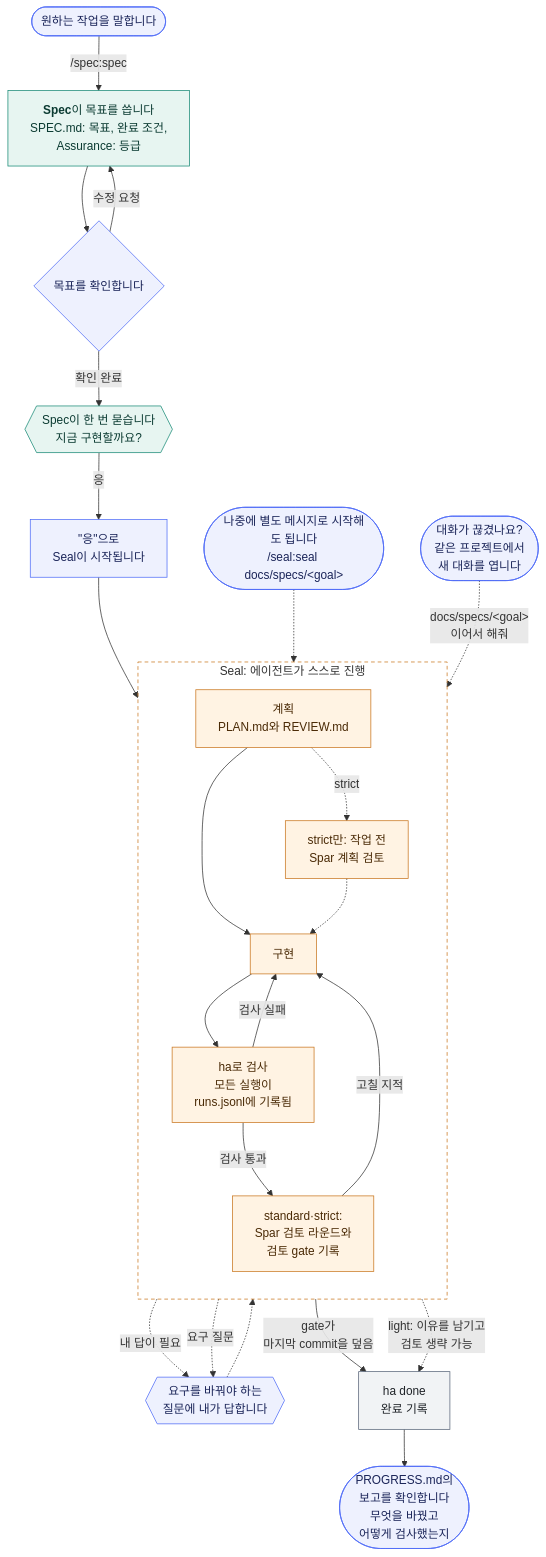
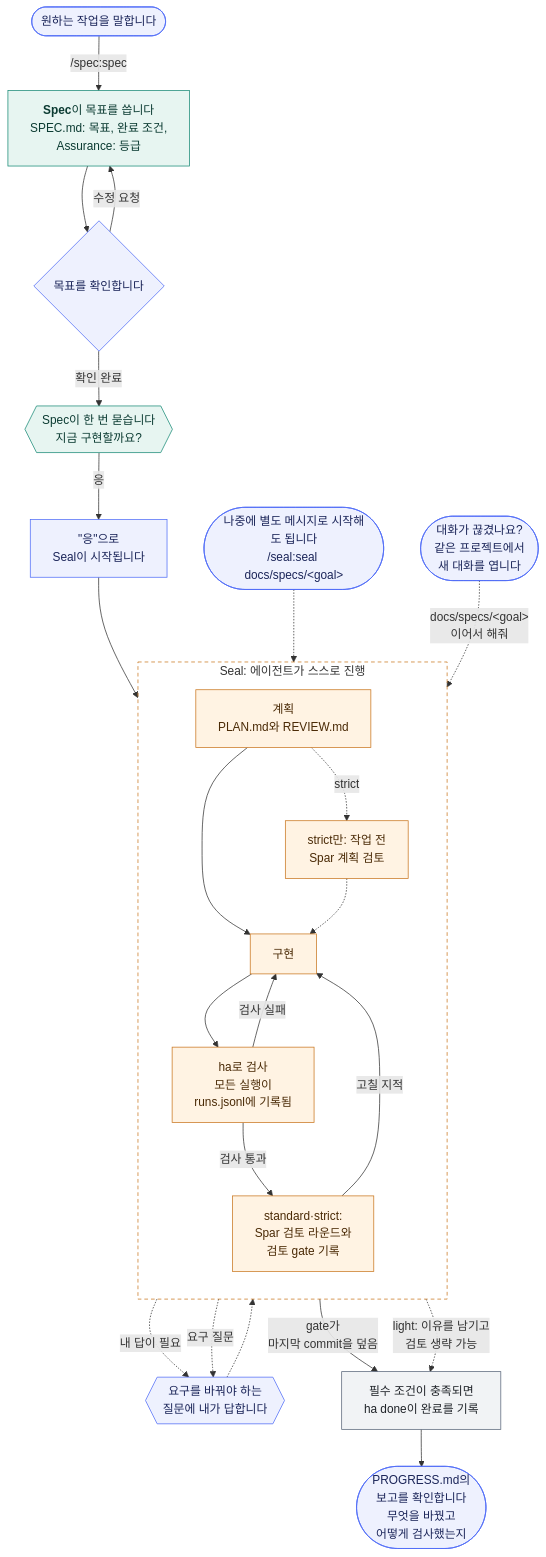
Before and after one commit to jgoneit/jaekit: the diagram in README.ko.md, drawn with Mermaid. The commit also changed 7 other files, not shown here.

````diff
--- a/README.ko.md
+++ b/README.ko.md
@@ -38,49 +38,49 @@
 ```mermaid
 flowchart TD
     ask(["원하는 작업을 말합니다"])
     spec["<b>Spec</b>이 목표를 씁니다<br/>SPEC.md: 목표, 완료 조건,<br/>Assurance: 등급"]
     review{"목표를 확인합니다"}
     asknow{{"Spec이 한 번 묻습니다<br/>지금 구현할까요?"}}
     start["#quot;응#quot;으로<br/>Seal이 시작됩니다"]
     separate(["나중에 별도 메시지로 시작해도 됩니다<br/>/seal:seal docs/specs/#lt;goal#gt;"])
     subgraph seal ["Seal: 에이전트가 스스로 진행"]
         direction TB
         plan["계획<br/>PLAN.md와 REVIEW.md"]
         planreview["strict만: 작업 전<br/>Spar 계획 검토"]
         build["구현"]
         check["ha로 검사<br/>모든 실행이<br/>runs.jsonl에 기록됨"]
         spar["standard·strict:<br/>Spar 검토 라운드와<br/>검토 gate 기록"]
         plan --> build --> check
         plan -.->|"strict"| planreview -.-> build
         check -->|"검사 실패"| build
         check -->|"검사 통과"| spar
         spar -->|"고칠 지적"| build
     end
     decide{{"요구를 바꿔야 하는<br/>질문에 내가 답합니다"}}
-    done["ha done<br/>완료 기록"]
+    done["필수 조건이 충족되면<br/>ha done이 완료를 기록"]
     report(["PROGRESS.md의<br/>보고를 확인합니다<br/>무엇을 바꿨고<br/>어떻게 검사했는지"])
     resume(["대화가 끊겼나요?<br/>같은 프로젝트에서<br/>새 대화를 엽니다"])
 
     ask -->|"/spec:spec"| spec --> review
     review -->|"수정 요청"| spec
     review -->|"확인 완료"| asknow
     asknow -->|"응"| start --> plan
     separate -.-> plan
     check -.->|"내 답이 필요"| decide
     spar -.->|"요구 질문"| decide
     decide -.-> build
     spar -->|"gate가<br/>마지막 commit을 덮음"| done
     check -.->|"light: 이유를 남기고<br/>검토 생략 가능"| done
     done --> report
     resume -.->|"docs/specs/#lt;goal#gt;<br/>이어서 해줘"| plan
 
     classDef you fill:#EEF1FE,stroke:#4F6CF7,color:#1B2559
     classDef specStep fill:#E7F5F1,stroke:#168975,color:#0B3B32
     classDef sealStep fill:#FFF3E3,stroke:#C9761F,color:#4A2A06
     classDef record fill:#F1F3F5,stroke:#596579,color:#1F2328
     class ask,review,start,separate,decide,report,resume you
     class spec,asknow specStep
     class plan,planreview,build,check,spar sealStep
     class done record
     style seal fill:none,stroke:#C9761F,stroke-dasharray:5 4
 ```
````
